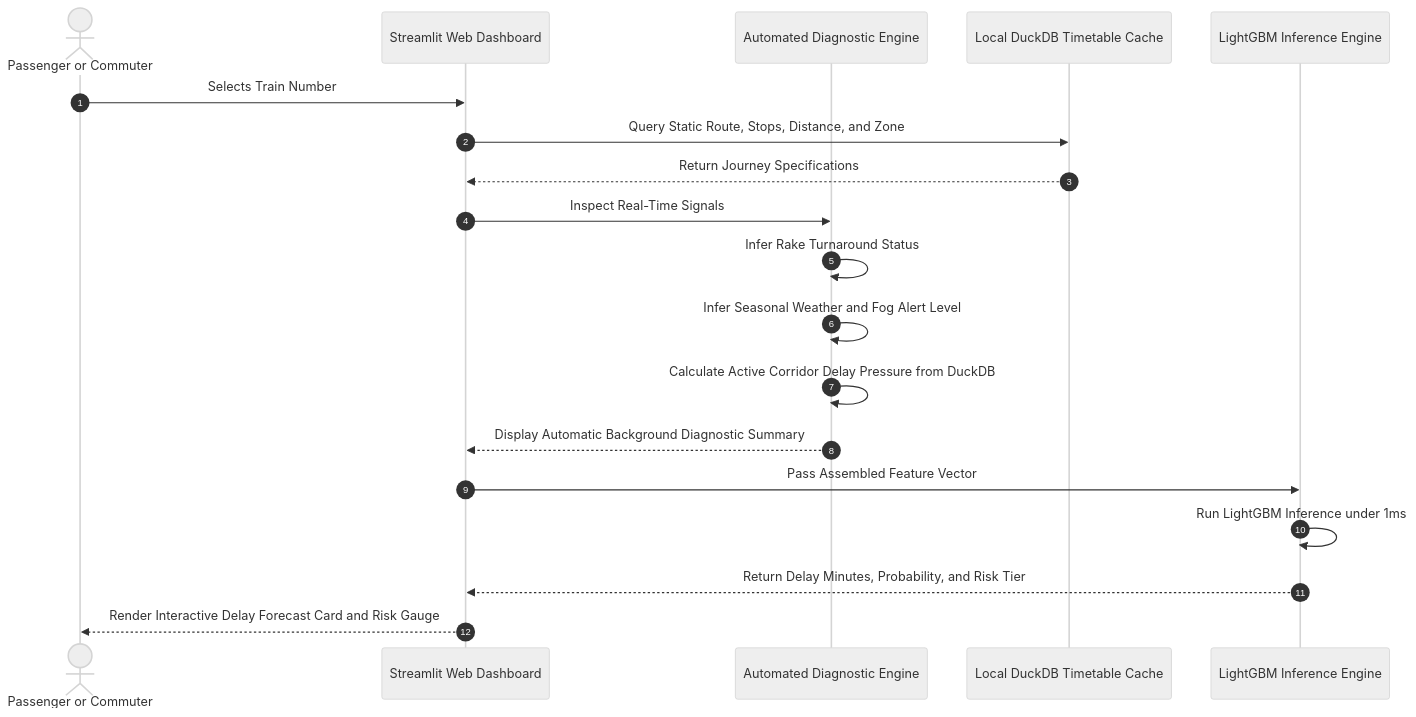
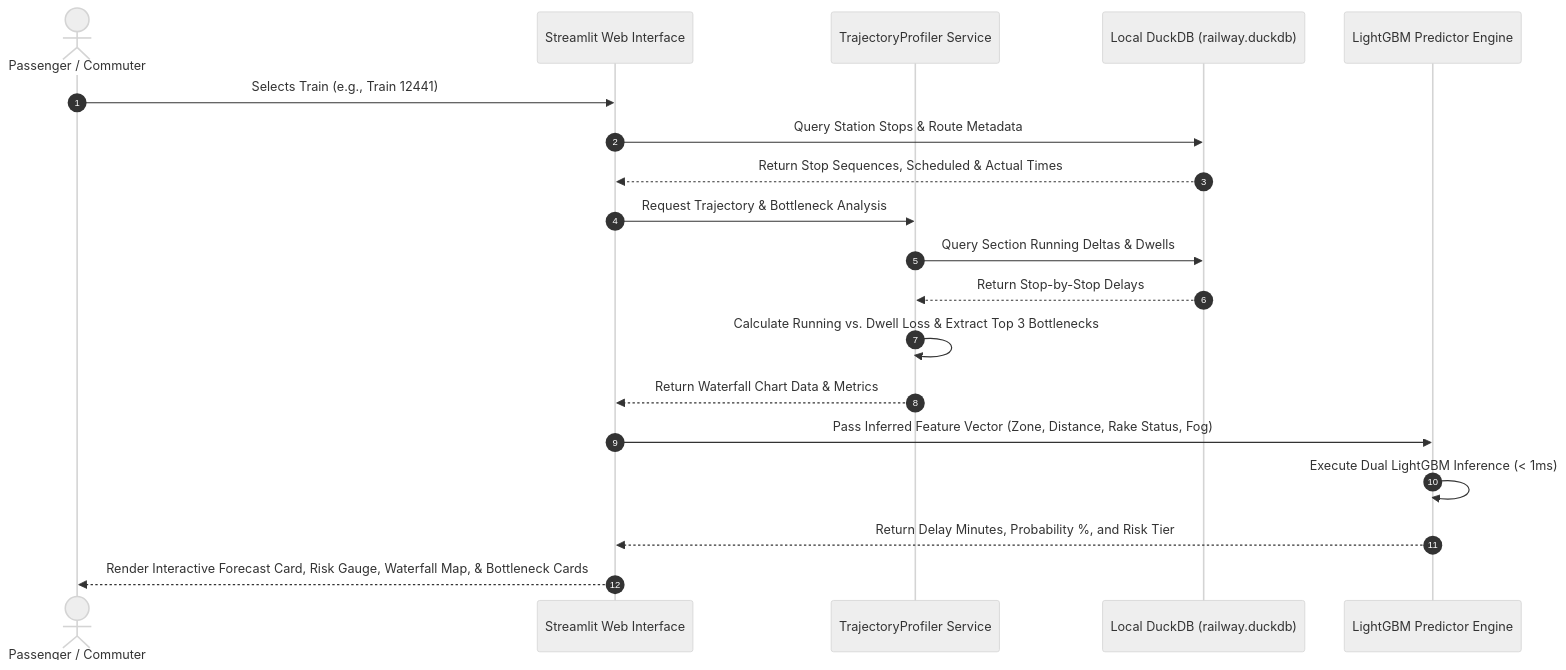
The second of 2 diagrams in docs/ARCHITECTURE_AND_WORKFLOW.md (laluni/Indian-railway-delay-prediction-system), drawn with Mermaid (neutral theme) before and after one commit. The commit also changed other lines of this file and 14 other files, not shown here.

Commit message:
feat: complete station trajectory profiling, delay localization, and premium dashboard UI

````diff
--- a/docs/ARCHITECTURE_AND_WORKFLOW.md
+++ b/docs/ARCHITECTURE_AND_WORKFLOW.md
@@ -89,22 +122,22 @@
 ```mermaid
 sequenceDiagram
     autonumber
-    actor User as Passenger or Commuter
-    participant UI as Streamlit Web Dashboard
-    participant Backend as Automated Diagnostic Engine
-    participant DB as Local DuckDB Timetable Cache
-    participant AI as LightGBM Inference Engine
+    actor User as Passenger / Commuter
+    participant UI as Streamlit Web Interface
+    participant Profiler as TrajectoryProfiler Service
+    participant DB as Local DuckDB (railway.duckdb)
+    participant AI as LightGBM Predictor Engine
 
-    User->>UI: Selects Train Number
-    UI->>DB: Query Static Route, Stops, Distance, and Zone
-    DB-->>UI: Return Journey Specifications
-    UI->>Backend: Inspect Real-Time Signals
-    Backend->>Backend: Infer Rake Turnaround Status
-    Backend->>Backend: Infer Seasonal Weather and Fog Alert Level
-    Backend->>Backend: Calculate Active Corridor Delay Pressure from DuckDB
-    Backend-->>UI: Display Automatic Background Diagnostic Summary
-    UI->>AI: Pass Assembled Feature Vector
-    AI->>AI: Run LightGBM Inference under 1ms
-    AI-->>UI: Return Delay Minutes, Probability, and Risk Tier
-    UI-->>User: Render Interactive Delay Forecast Card and Risk Gauge
+    User->>UI: Selects Train (e.g., Train 12441)
+    UI->>DB: Query Station Stops & Route Metadata
+    DB-->>UI: Return Stop Sequences, Scheduled & Actual Times
+    UI->>Profiler: Request Trajectory & Bottleneck Analysis
+    Profiler->>DB: Query Section Running Deltas & Dwells
+    DB-->>Profiler: Return Stop-by-Stop Delays
+    Profiler->>Profiler: Calculate Running vs. Dwell Loss & Extract Top 3 Bottlenecks
+    Profiler-->>UI: Return Waterfall Chart Data & Metrics
+    UI->>AI: Pass Inferred Feature Vector (Zone, Distance, Rake Status, Fog)
+    AI->>AI: Execute Dual LightGBM Inference (< 1ms)
+    AI-->>UI: Return Delay Minutes, Probability %, and Risk Tier
+    UI-->>User: Render Interactive Forecast Card, Risk Gauge, Waterfall Map, & Bottleneck Cards
 ```
````
